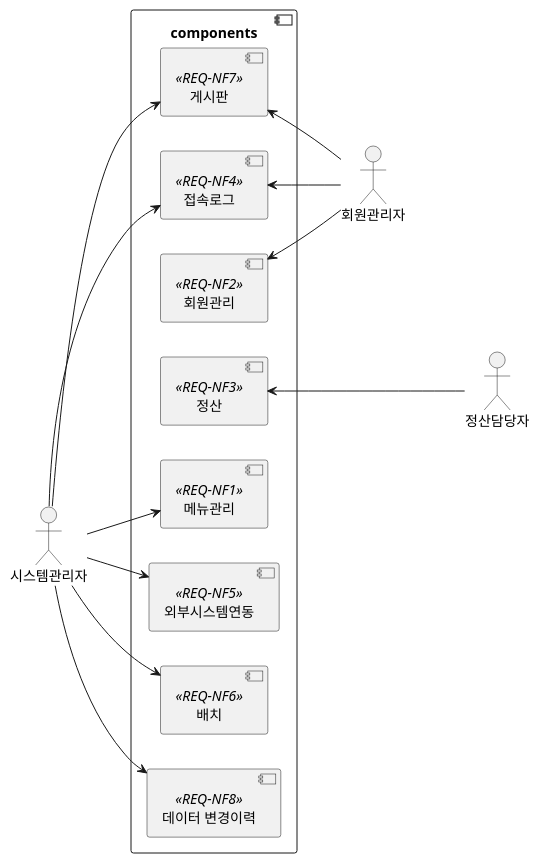
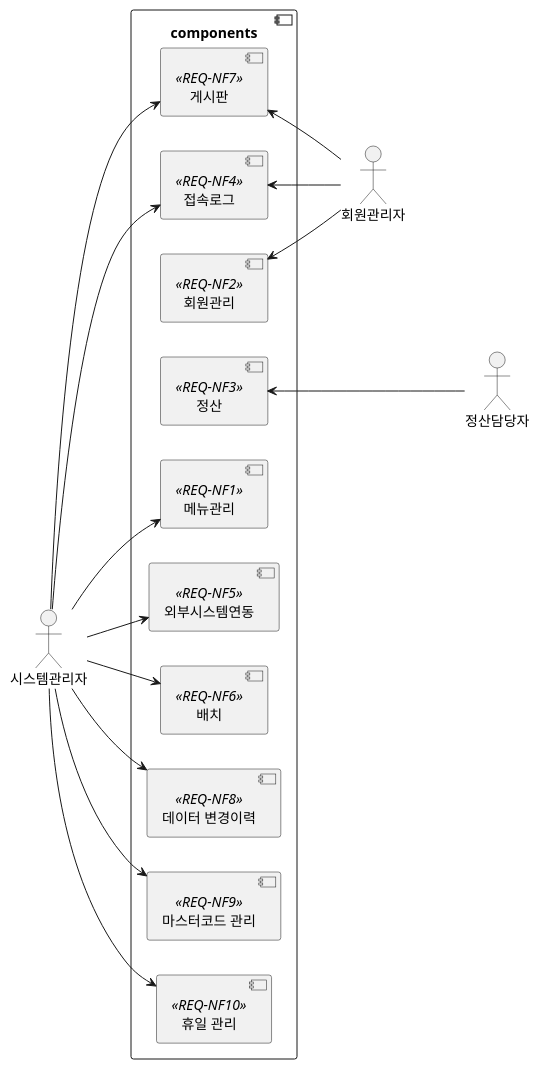
Before and after one commit to ohhoonim/lms: the sixth of 7 diagrams in README.md, drawn with PlantUML. The commit also changed 35 other files, not shown here.

````diff
--- a/README.md
+++ b/README.md
@@ -136,29 +136,33 @@
 ```plantuml
 @startuml
 left to right direction
 component components {
     [메뉴관리] <<REQ-NF1>>
     [회원관리] <<REQ-NF2>>
     [정산] <<REQ-NF3>>
     [접속로그] <<REQ-NF4>>
     [외부시스템연동] <<REQ-NF5>>
     [배치] <<REQ-NF6>>
     [게시판] <<REQ-NF7>>
     [데이터 변경이력] <<REQ-NF8>>
+    [마스터코드 관리] <<REQ-NF9>>
+    [휴일 관리] <<REQ-NF10>>
 }
 
 :시스템관리자: --> [데이터 변경이력]
 :시스템관리자: --> [메뉴관리]
 :시스템관리자: --> [접속로그]
 :시스템관리자: --> [외부시스템연동]
 :시스템관리자: --> [배치]
 :시스템관리자: --> [게시판]
+:시스템관리자: --> [마스터코드 관리]
+:시스템관리자: --> [휴일 관리]
 
 :정산담당자: --up-> [정산]
 
 :회원관리자: -up-> [회원관리]
 :회원관리자: -up-> [접속로그]
 :회원관리자: -up-> [게시판]
 
 @enduml
 ```
````
